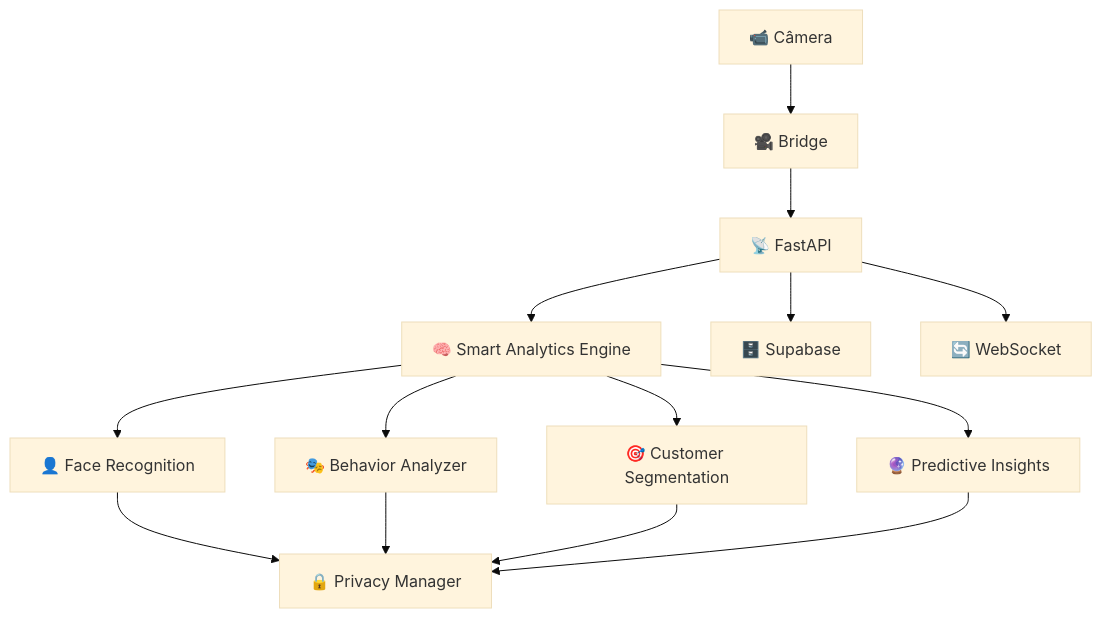
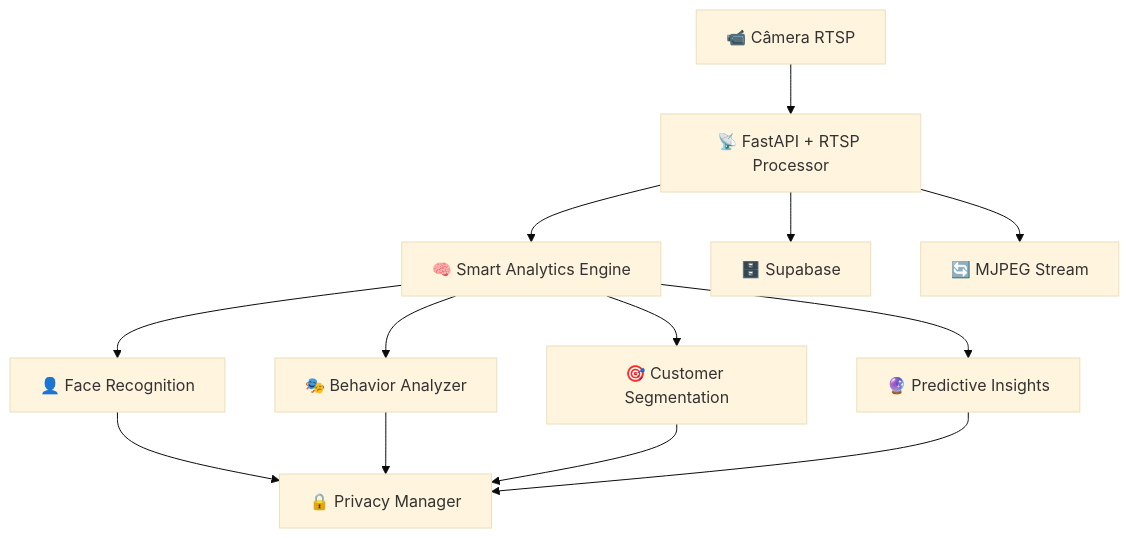
One commit to dchesque/shopcam changed the diagram in backend/README.md. Above: the diagram before and after it, drawn with Mermaid (base theme). The commit also changed other lines of this file and 11 other files, not shown here.

First line of the commit message:
Remove: Complete bridge removal - migrate to RTSP direct architecture

````diff
--- a/backend/README.md
+++ b/backend/README.md
@@ -66,19 +66,18 @@
 ```mermaid
 graph TB
-    A[📹 Câmera] --> B[🎥 Bridge]
-    B --> C[📡 FastAPI]
+    A[📹 Câmera RTSP] --> C[📡 FastAPI + RTSP Processor]
     C --> D[🧠 Smart Analytics Engine]
-    
+
     D --> E[👤 Face Recognition]
-    D --> F[🎭 Behavior Analyzer]  
+    D --> F[🎭 Behavior Analyzer]
     D --> G[🎯 Customer Segmentation]
     D --> H[🔮 Predictive Insights]
-    
+
     C --> I[🗄️ Supabase]
-    C --> J[🔄 WebSocket]
-    
+    C --> J[🔄 MJPEG Stream]
+
     E --> K[🔒 Privacy Manager]
     F --> K
     G --> K
     H --> K
 ```
````
